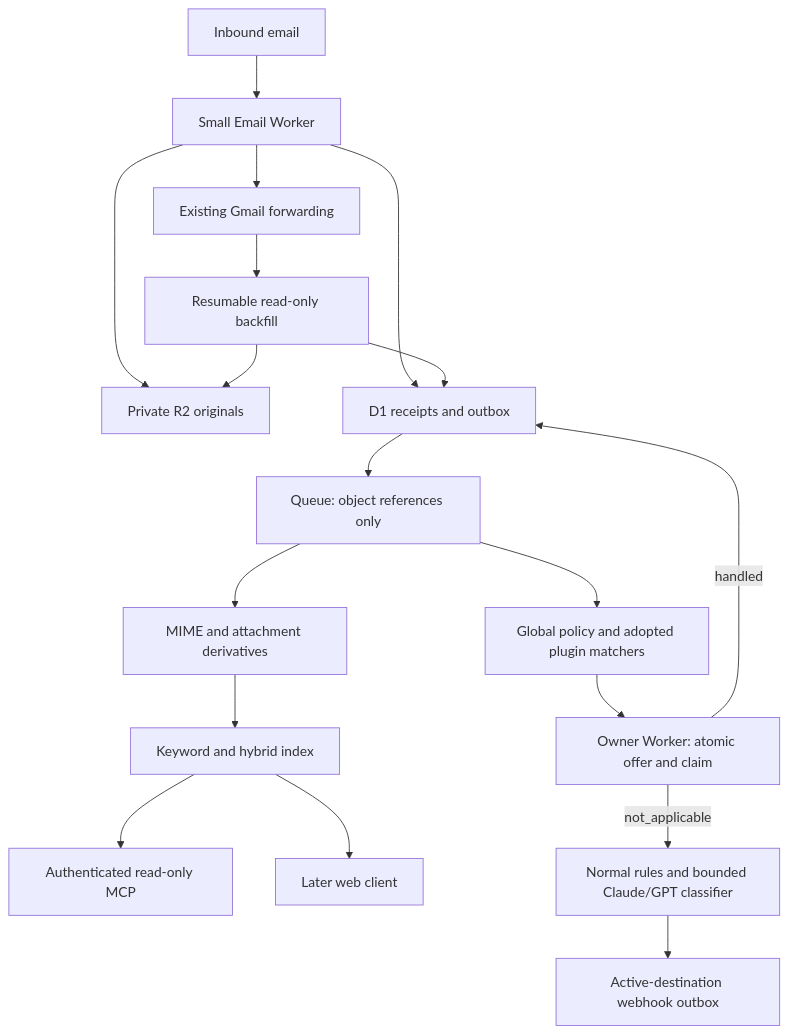
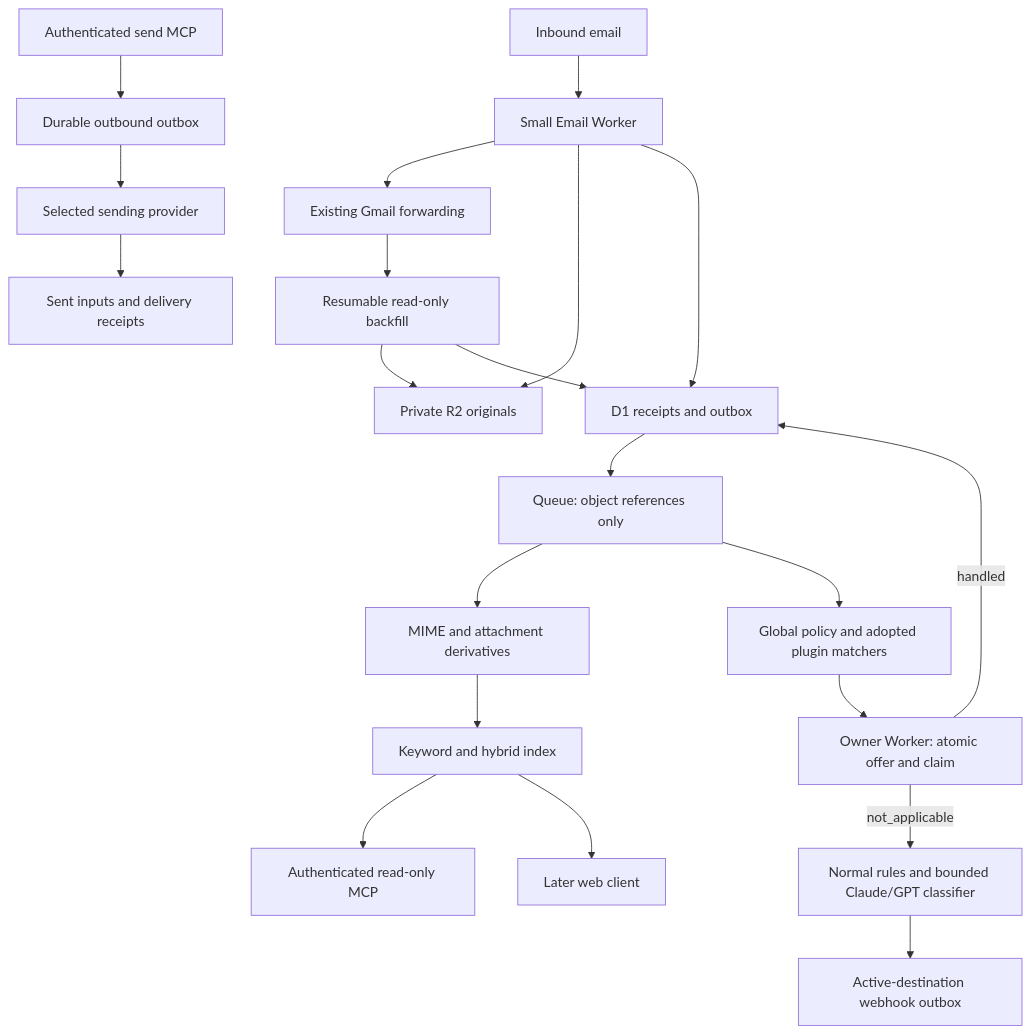
Before and after one commit to risu729/fumi: the diagram in docs/architecture.md, drawn with Mermaid. The commit also changed other lines of this file and 5 other files, not shown here.

Commit message:
docs: compare Cloudflare mail projects and plan outbound MCP

````diff
--- a/docs/architecture.md
+++ b/docs/architecture.md
@@ -7,20 +7,23 @@
 ```mermaid
 flowchart TD
   Mail[Inbound email] --> Ingress[Small Email Worker]
   Ingress --> Gmail[Existing Gmail forwarding]
   Ingress --> Raw[Private R2 originals]
   Ingress --> Receipt[D1 receipts and outbox]
   Gmail --> Import[Resumable read-only backfill]
   Import --> Raw
   Import --> Receipt
   Receipt --> Queue[Queue: object references only]
   Queue --> Normalize[MIME and attachment derivatives]
   Normalize --> Search[Keyword and hybrid index]
   Search --> MCP[Authenticated read-only MCP]
   Search --> Web[Later web client]
   Queue --> Rules[Global policy and adopted plugin matchers]
   Rules --> Owner[Owner Worker: atomic offer and claim]
   Owner -->|not_applicable| Classify[Normal rules and bounded Claude/GPT classifier]
   Owner -->|handled| Receipt
   Classify --> Dispatch[Active-destination webhook outbox]
+  SendMCP[Authenticated send MCP] --> SendOutbox[Durable outbound outbox]
+  SendOutbox --> Provider[Selected sending provider]
+  Provider --> Sent[Sent inputs and delivery receipts]
 ```
````
